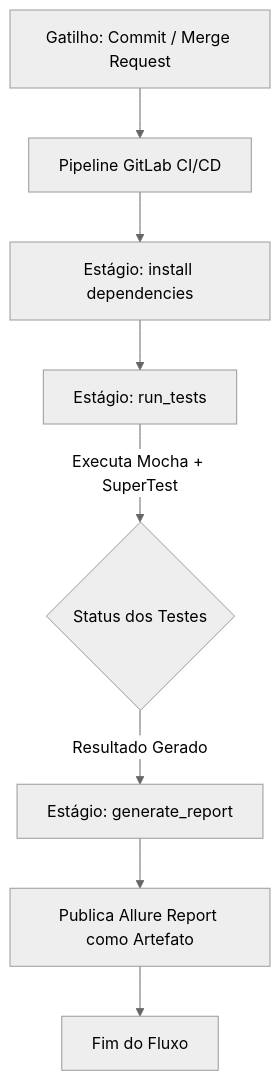
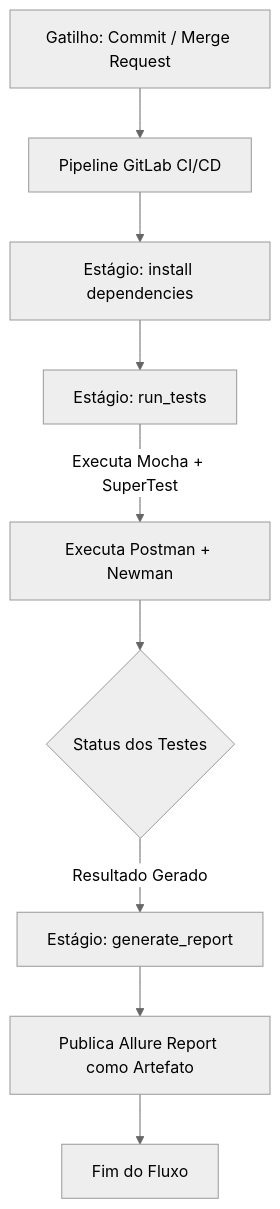
Before and after one commit to vinnyrodriguesmartins-code/Master-: the second of 2 diagrams in Java_teste2/README.md, drawn with Mermaid (neutral theme). The commit also changed other lines of this file and 6 other files, not shown here.

Commit message:
docs: adiciona configuracao e instrucoes do Postman/Newman

````diff
--- a/Java_teste2/README.md
+++ b/Java_teste2/README.md
@@ -70,11 +70,12 @@
 ```mermaid
 graph TD
     A[Gatilho: Commit / Merge Request] --> B[Pipeline GitLab CI/CD]
     B --> C[Estágio: install dependencies]
     C --> D[Estágio: run_tests]
-    D -->|Executa Mocha + SuperTest| E{Status dos Testes}
+    D -->|Executa Mocha + SuperTest| E[Executa Postman + Newman]
+    E --> F{Status dos Testes}
     
-    E -->|Resultado Gerado| F[Estágio: generate_report]
-    F --> G[Publica Allure Report como Artefato]
-    G --> H[Fim do Fluxo]
+    F -->|Resultado Gerado| G[Estágio: generate_report]
+    G --> H[Publica Allure Report como Artefato]
+    H --> I[Fim do Fluxo]
 ```
````
